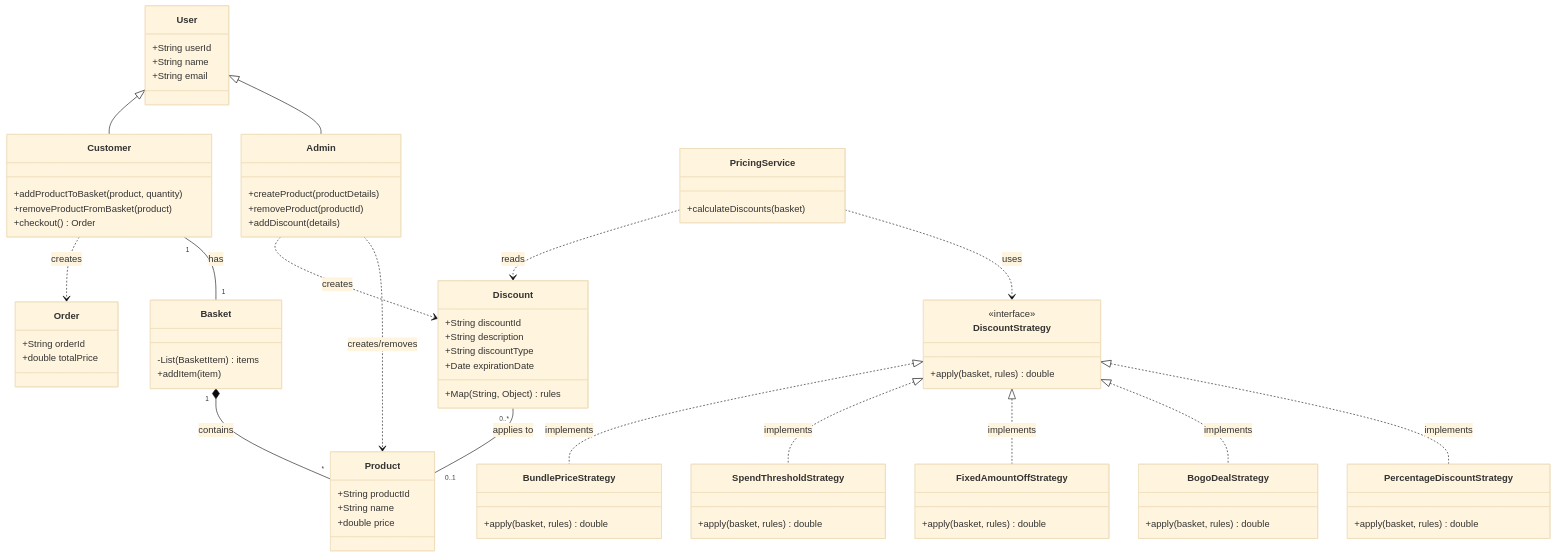
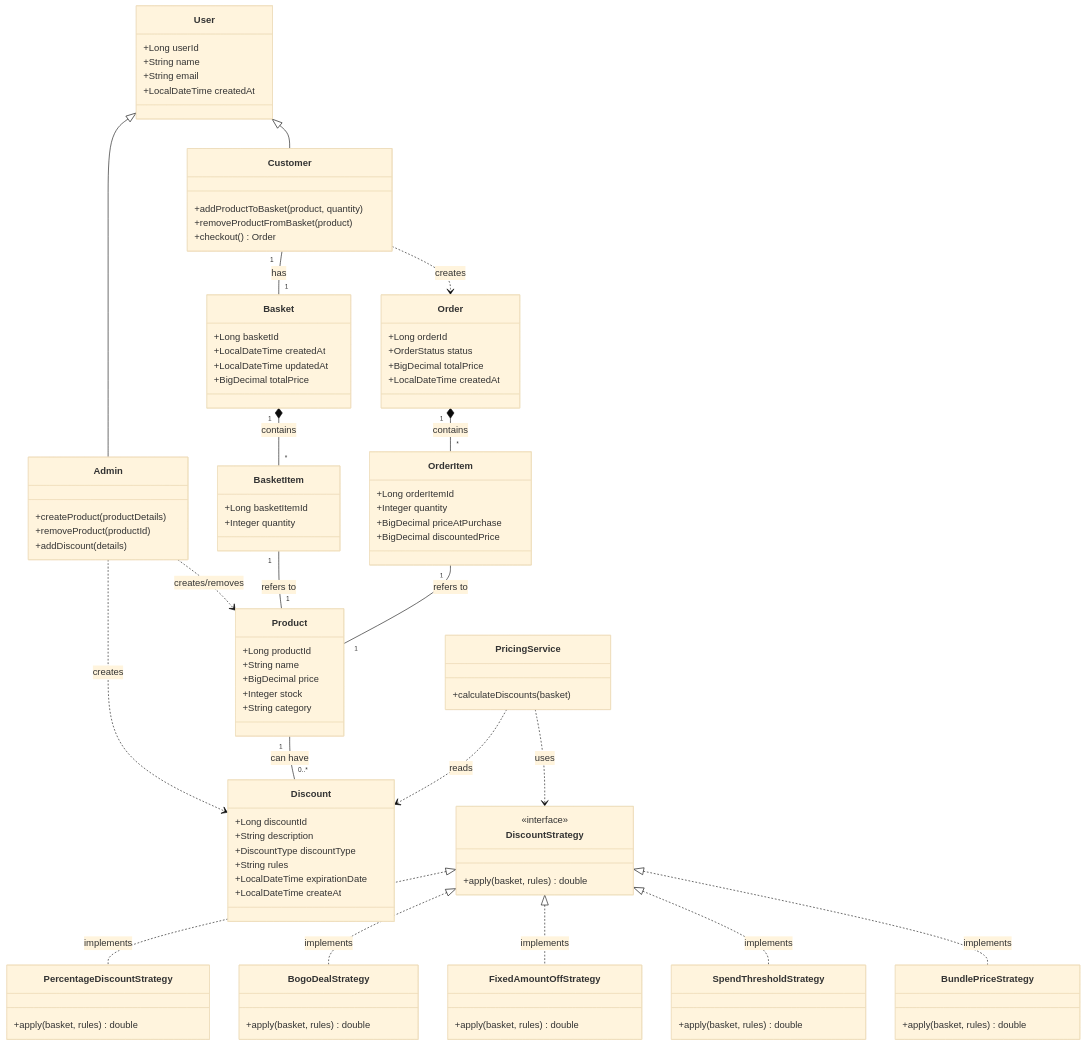
The diagram in degisn/diagram/class_diagram.mmd (ngaikkeung/electronic-store-checkout-backend), drawn with Mermaid (base theme) before and after one commit. The commit also changed 43 other files, not shown here.

Commit message:
Refactor discount strategy Add unit test Update diagram, README.md document

```diff
--- a/degisn/diagram/class_diagram.mmd
+++ b/degisn/diagram/class_diagram.mmd
@@ -1,95 +1,117 @@
 classDiagram
     class User {
-        +String userId
+        +Long userId
         +String name
         +String email
+        +LocalDateTime createdAt
     }
 
     class Admin {
         +createProduct(productDetails)
         +removeProduct(productId)
         +addDiscount(details)
     }
 
     class Customer {
         +addProductToBasket(product, quantity)
         +removeProductFromBasket(product)
         +checkout() Order
     }
 
     class Product {
-        +String productId
+        +Long productId
         +String name
-        +double price
+        +BigDecimal price
+        +Integer stock
+        +String category
     }
 
     class Discount {
-        +String discountId
+        +Long discountId
         +String description
-        +String discountType
-        +Map(String, Object) rules
-        +Date expirationDate
+        +DiscountType discountType
+        +String rules
+        +LocalDateTime expirationDate
+        +LocalDateTime createAt
+    }
+
+    class Basket {
+        +Long basketId
+        +LocalDateTime createdAt
+        +LocalDateTime updatedAt
+        +BigDecimal totalPrice
+    }
+
+    class BasketItem {
+        +Long basketItemId
+        +Integer quantity
+    }
+
+    class Order {
+        +Long orderId
+        +OrderStatus status
+        +BigDecimal totalPrice
+        +LocalDateTime createdAt
+    }
+
+    class OrderItem {
+        +Long orderItemId
+        +Integer quantity
+        +BigDecimal priceAtPurchase
+        +BigDecimal discountedPrice
     }
 
     class PricingService {
         +calculateDiscounts(basket)
     }
 
     class DiscountStrategy {
         <<interface>>
         +apply(basket, rules) double
     }
 
     class PercentageDiscountStrategy {
         +apply(basket, rules) double
     }
 
     class BogoDealStrategy {
         +apply(basket, rules) double
     }
 
     class FixedAmountOffStrategy {
         +apply(basket, rules) double
     }
-
+    
     class SpendThresholdStrategy {
         +apply(basket, rules) double
     }
     
     class BundlePriceStrategy {
         +apply(basket, rules) double
     }
 
-    class Basket {
-        -List(BasketItem) items
-        +addItem(item)
-    }
-
-    class Order {
-        +String orderId
-        +double totalPrice
-    }
-
     %% --- Relationships ---
     User <|-- Admin
     User <|-- Customer
     
     Customer "1" -- "1" Basket : has
-    Basket "1" *-- "*" Product : contains
-    
-    %% A discount can optionally apply to one product
-    Discount "0..*" -- "0..1" Product : applies to
     Customer ..> Order : creates
 
-    %% Admin manages products and discounts
     Admin ..> Product : creates/removes
     Admin ..> Discount : creates
 
-    %% Strategy Pattern for Discounts
+    Basket "1" *-- "*" BasketItem : contains
+    BasketItem "1" -- "1" Product : refers to
+
+    Order "1" *-- "*" OrderItem : contains
+    OrderItem "1" -- "1" Product : refers to
+
+    Product "1" -- "0..*" Discount : can have
+
     PricingService ..> DiscountStrategy : uses
     PricingService ..> Discount : reads
     DiscountStrategy <|.. PercentageDiscountStrategy : implements
     DiscountStrategy <|.. BogoDealStrategy : implements
     DiscountStrategy <|.. FixedAmountOffStrategy : implements
     DiscountStrategy <|.. SpendThresholdStrategy : implements
     DiscountStrategy <|.. BundlePriceStrategy : implements
```
